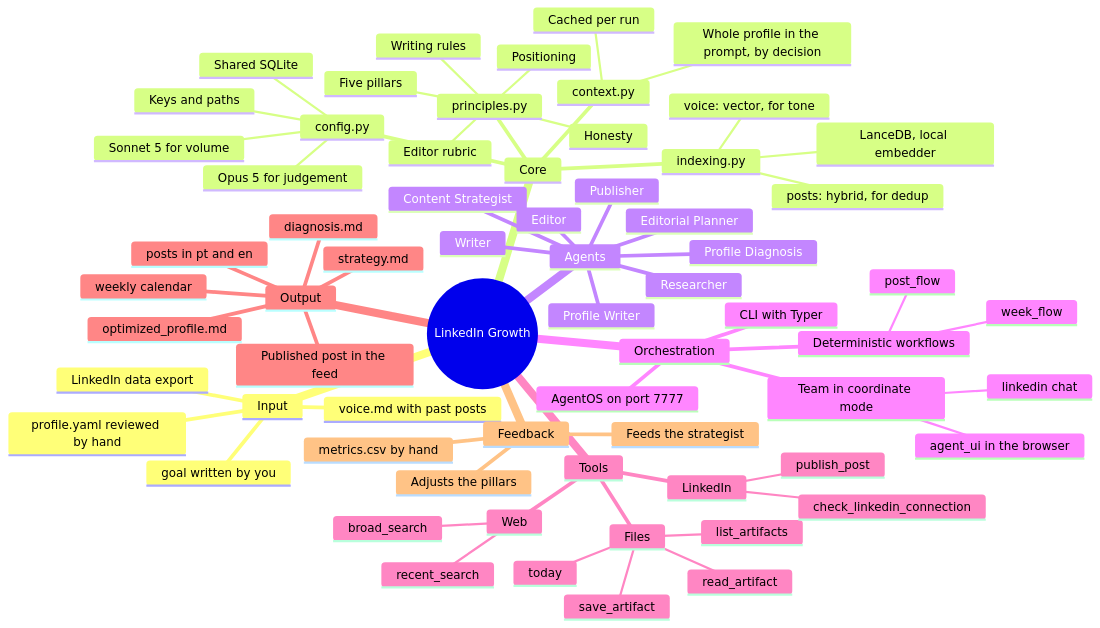
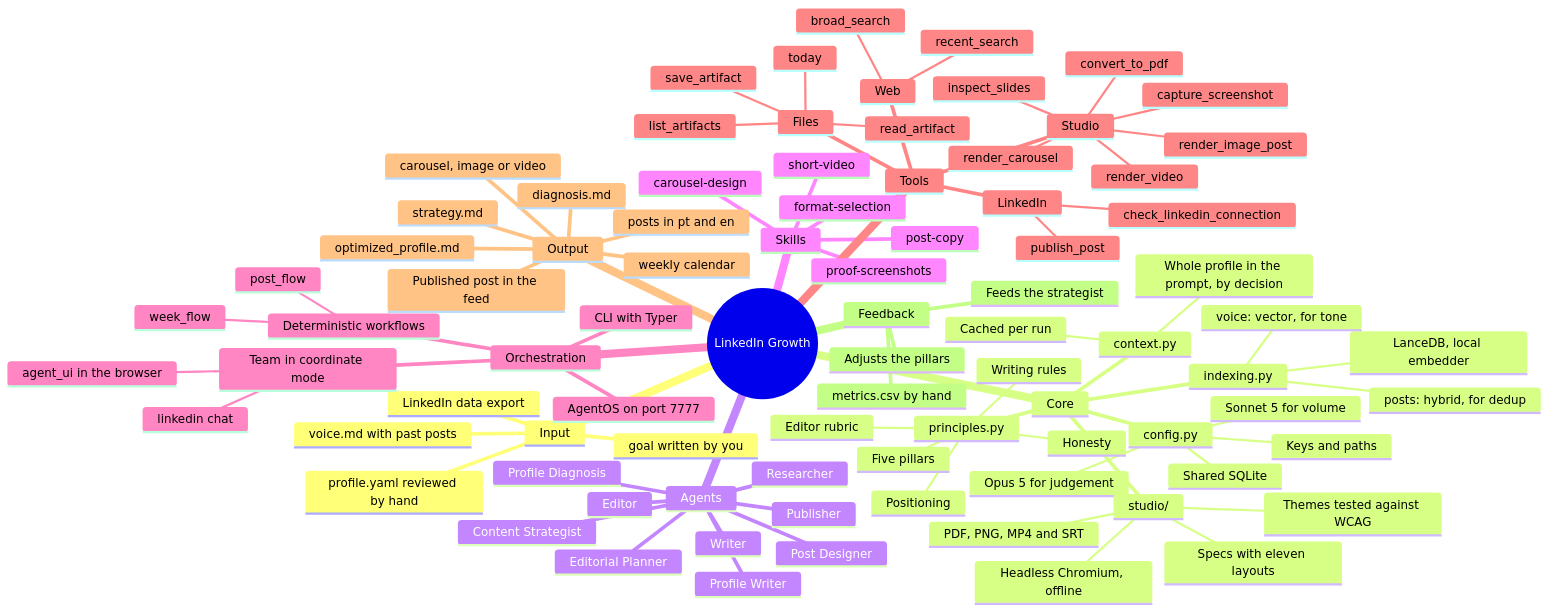
The first of 5 diagrams in docs/mindmap.md (gabrantoniette/linkedin-growth-agents), drawn with Mermaid before and after one commit. The commit also changed other lines of this file and 77 other files, not shown here.

```diff
--- a/docs/mindmap.md
+++ b/docs/mindmap.md
@@ -38,6 +38,11 @@
         LanceDB, local embedder
         posts: hybrid, for dedup
         voice: vector, for tone
+      studio/
+        Themes tested against WCAG
+        Specs with eleven layouts
+        Headless Chromium, offline
+        PDF, PNG, MP4 and SRT
     Agents
       Profile Diagnosis
       Profile Writer
@@ -46,7 +51,14 @@
       Editorial Planner
       Writer
       Editor
+      Post Designer
       Publisher
+    Skills
+      format-selection
+      carousel-design
+      proof-screenshots
+      short-video
+      post-copy
     Orchestration
       Team in coordinate mode
         linkedin chat
@@ -68,12 +80,20 @@
       LinkedIn
         check_linkedin_connection
         publish_post
+      Studio
+        render_carousel
+        render_image_post
+        inspect_slides
+        render_video
+        capture_screenshot
+        convert_to_pdf
     Output
       diagnosis.md
       optimized_profile.md
       strategy.md
       weekly calendar
       posts in pt and en
+      carousel, image or video
       Published post in the feed
     Feedback
       metrics.csv by hand
```
